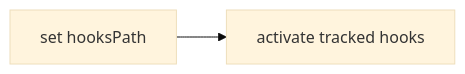
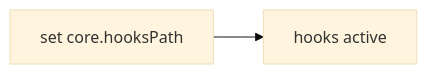
The third of 4 diagrams in docs/3_WORKFLOWS.md (cptntrps/bookmatch), drawn with Mermaid (base theme) before and after one commit. The commit also changed other lines of this file and 5 other files, not shown here.

````diff
--- a/docs/3_WORKFLOWS.md
+++ b/docs/3_WORKFLOWS.md
@@ -83,4 +91,4 @@
 ```mermaid
 graph LR
-    A[set hooksPath] --> B[activate tracked hooks]
+    A[set core.hooksPath] --> B[hooks active]
 ```
````
